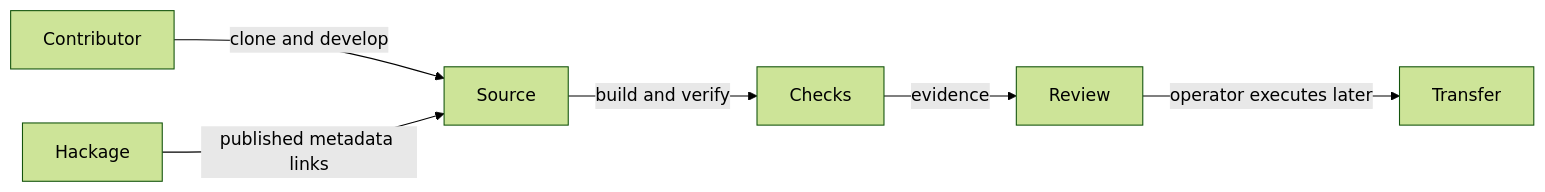
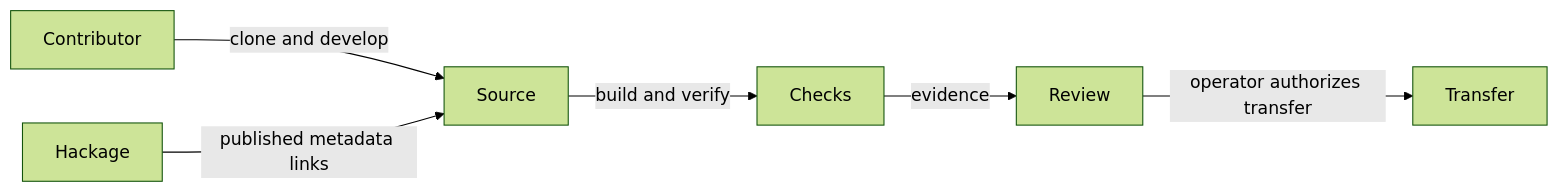
One commit to lambdasistemi/tasty-bdd changed the diagram in specs/001-modernization/spec.md. Above: the diagram before and after it, drawn with Mermaid (forest theme). The commit also changed other lines of this file and 3 other files, not shown here.

````diff
--- a/specs/001-modernization/spec.md
+++ b/specs/001-modernization/spec.md
@@ -11,8 +11,8 @@
 ```mermaid
 flowchart LR
   Contributor -->|clone and develop| Source
   Source -->|build and verify| Checks
   Checks -->|evidence| Review
-  Review -->|operator executes later| Transfer
+  Review -->|operator authorizes transfer| Transfer
   Hackage -->|published metadata links| Source
 ```
````
